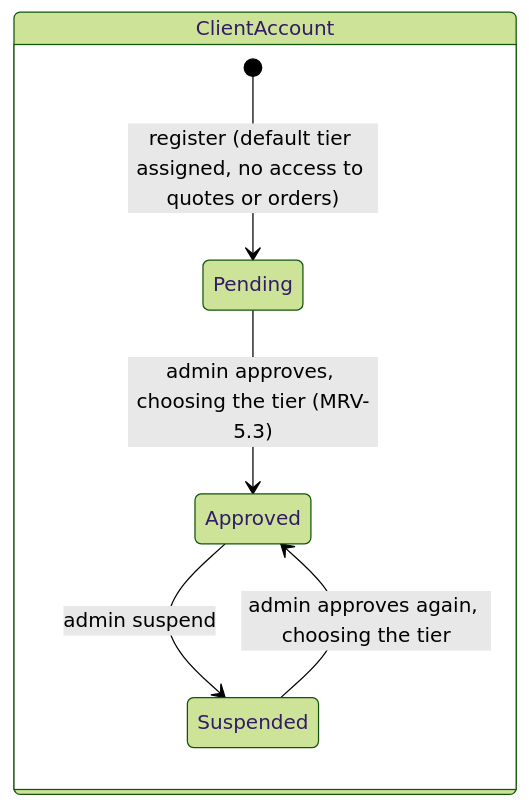
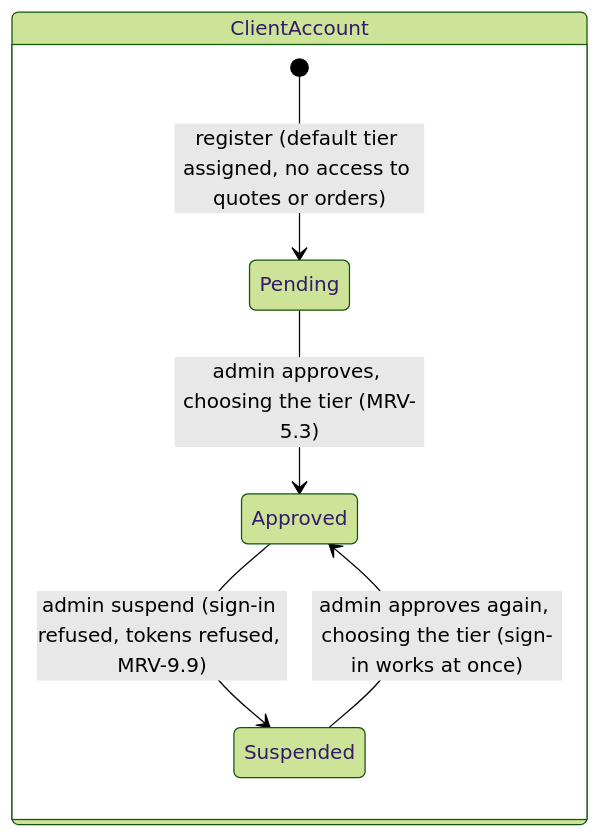
One commit to GucciVanin/MarviWebsite changed the fifth of 12 diagrams in architecture.md. Above: the diagram before and after it, drawn with Mermaid (forest theme). The commit also changed other lines of this file and 45 other files, not shown here.

First line of the commit message:
MRV-9.9: suspended customers cannot sign in

````diff
--- a/architecture.md
+++ b/architecture.md
@@ -209,10 +209,10 @@
 ```mermaid
 stateDiagram-v2
     direction LR
     state "ClientAccount" as C {
         [*] --> Pending: register (default tier assigned, no access to quotes or orders)
         Pending --> Approved: admin approves, choosing the tier (MRV-5.3)
-        Approved --> Suspended: admin suspend
-        Suspended --> Approved: admin approves again, choosing the tier
+        Approved --> Suspended: admin suspend (sign-in refused, tokens refused, MRV-9.9)
+        Suspended --> Approved: admin approves again, choosing the tier (sign-in works at once)
     }
 ```
````
